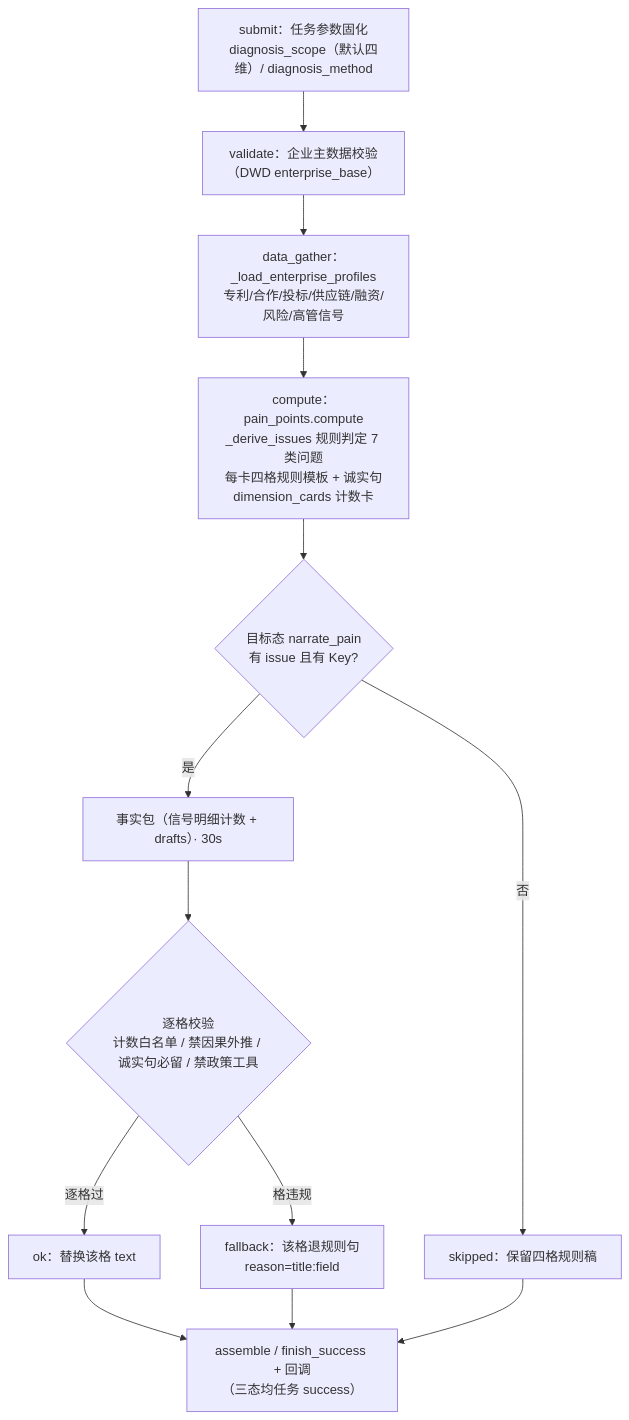
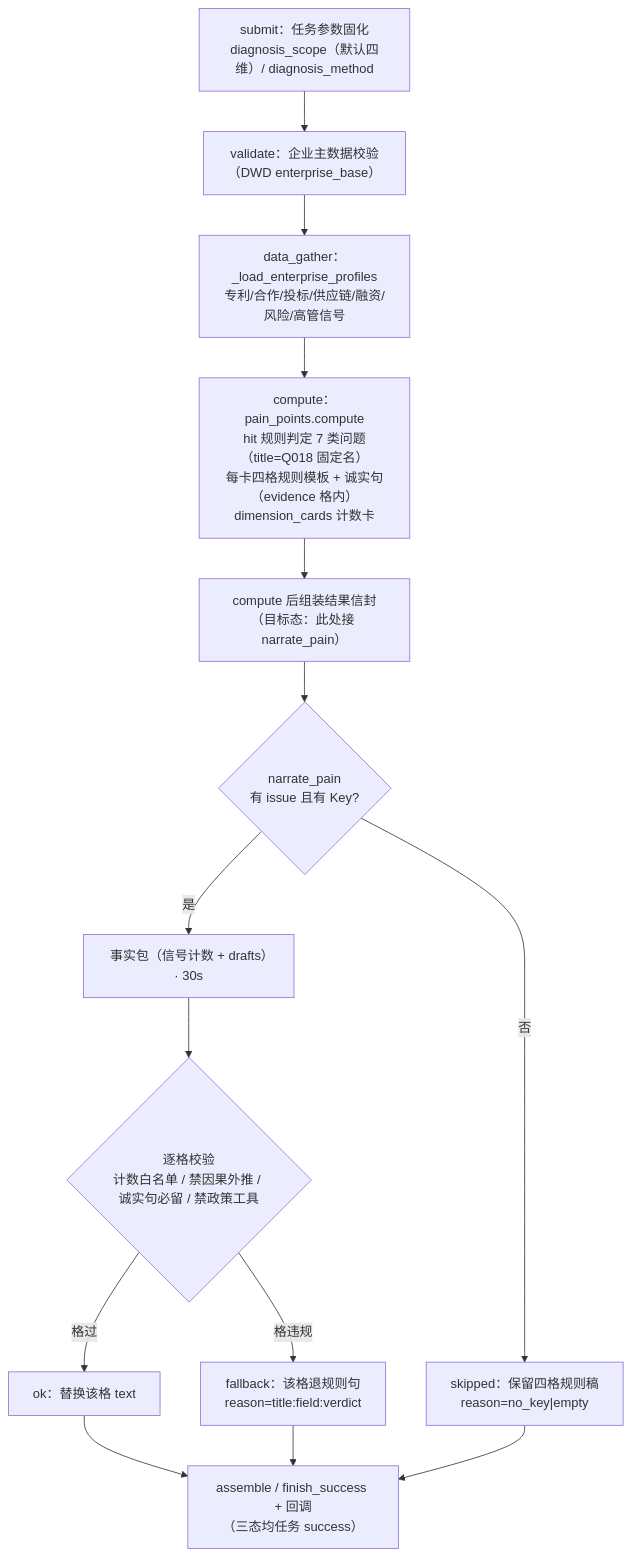
One commit to Marisolebxf/- changed the first of 2 diagrams in agent-delivery/agent-handoffs/产品整体定义/科技专题服务系统-完整详细设计/05.3.5-企业发展痛难点分析.md. Above: the diagram before and after it, drawn with Mermaid. The commit also changed other lines of this file and 1 other file, not shown here.

Commit message:
[agent:architect-agent] 05.3.5 v1.1 审查勘误（3C+5I）：七类表按实码重写/产品合同目录/报告接线态/诚实句限 evidence 格/实现单挂钩既有 registry 单

````diff
--- a/agent-delivery/agent-handoffs/产品整体定义/科技专题服务系统-完整详细设计/05.3.5-企业发展痛难点分析.md
+++ b/agent-delivery/agent-handoffs/产品整体定义/科技专题服务系统-完整详细设计/05.3.5-企业发展痛难点分析.md
@@ -25,15 +25,16 @@
 ```mermaid
 flowchart TD
   A["submit：任务参数固化<br/>diagnosis_scope（默认四维）/ diagnosis_method"] --> B["validate：企业主数据校验<br/>（DWD enterprise_base）"]
   B --> C["data_gather：_load_enterprise_profiles<br/>专利/合作/投标/供应链/融资/风险/高管信号"]
-  C --> D["compute：pain_points.compute<br/>_derive_issues 规则判定 7 类问题<br/>每卡四格规则模板 + 诚实句<br/>dimension_cards 计数卡"]
-  D --> E{"目标态 narrate_pain<br/>有 issue 且有 Key?"}
-  E -->|否| R["skipped：保留四格规则稿"]
-  E -->|是| F["事实包（信号明细计数 + drafts）· 30s"]
-  F --> G{"逐格校验<br/>计数白名单 / 禁因果外推 / 诚实句必留 / 禁政策工具"}
-  G -->|逐格过| H["ok：替换该格 text"]
-  G -->|格违规| I["fallback：该格退规则句<br/>reason=title:field"]
-  H --> J["assemble / finish_success + 回调<br/>（三态均任务 success）"]
-  I --> J
-  R --> J
+  C --> D["compute：pain_points.compute<br/>hit 规则判定 7 类问题（title=Q018 固定名）<br/>每卡四格规则模板 + 诚实句（evidence 格内）<br/>dimension_cards 计数卡"]
+  D --> E["compute 后组装结果信封<br/>（目标态：此处接 narrate_pain）"]
+  E --> F{"narrate_pain<br/>有 issue 且有 Key?"}
+  F -->|否| R["skipped：保留四格规则稿<br/>reason=no_key|empty"]
+  F -->|是| G["事实包（信号计数 + drafts）· 30s"]
+  G --> H{"逐格校验<br/>计数白名单 / 禁因果外推 / 诚实句必留 / 禁政策工具"}
+  H -->|格过| I["ok：替换该格 text"]
+  H -->|格违规| J["fallback：该格退规则句<br/>reason=title:field:verdict"]
+  I --> K["assemble / finish_success + 回调<br/>（三态均任务 success）"]
+  J --> K
+  R --> K
 ```
````
